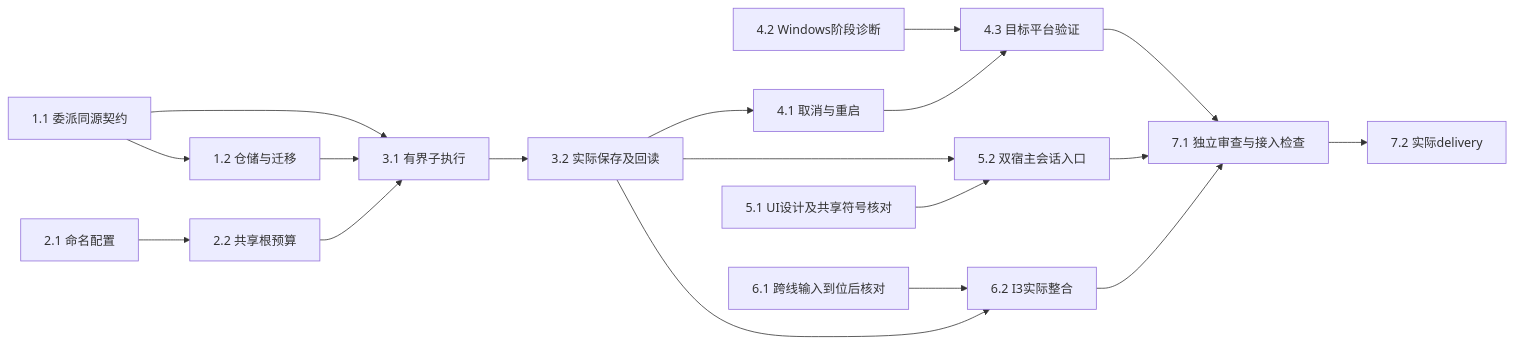
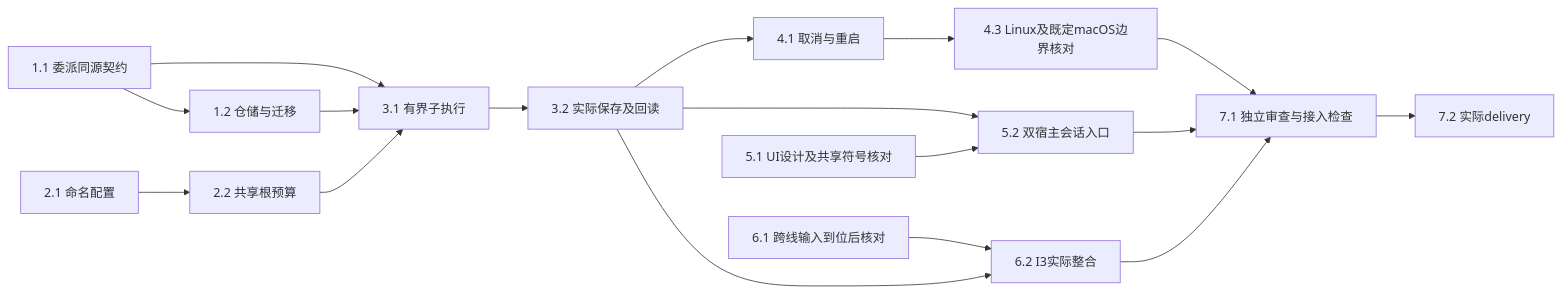
The diagram in openspec/changes/add-bounded-agent-delegation/tasks.md (leike0813/Scholoom), drawn with Mermaid before and after one commit. The commit also changed other lines of this file and 84 other files, not shown here.

````diff
--- a/openspec/changes/add-bounded-agent-delegation/tasks.md
+++ b/openspec/changes/add-bounded-agent-delegation/tasks.md
@@ -5,20 +9,20 @@
 ```mermaid
 flowchart LR
   A[1.1 委派同源契约] --> C[1.2 仓储与迁移]
   M[2.1 命名配置] --> N[2.2 共享根预算]
   A --> R[3.1 有界子执行]
   C --> R
   N --> R
   R --> S[3.2 实际保存及回读]
   S --> X[4.1 取消与重启]
   S --> UI[5.2 双宿主会话入口]
   D[5.1 UI设计及共享符号核对] --> UI
-  CI[4.2 Windows阶段诊断] --> W[4.3 目标平台验证]
+  W[4.3 Linux及既定macOS边界核对]
   X --> W
   E[6.1 跨线输入到位后核对] --> I[6.2 I3实际整合]
   S --> I
   W --> V[7.1 独立审查与接入检查]
   UI --> V
   I --> V
   V --> Z[7.2 实际delivery]
 ```
````
